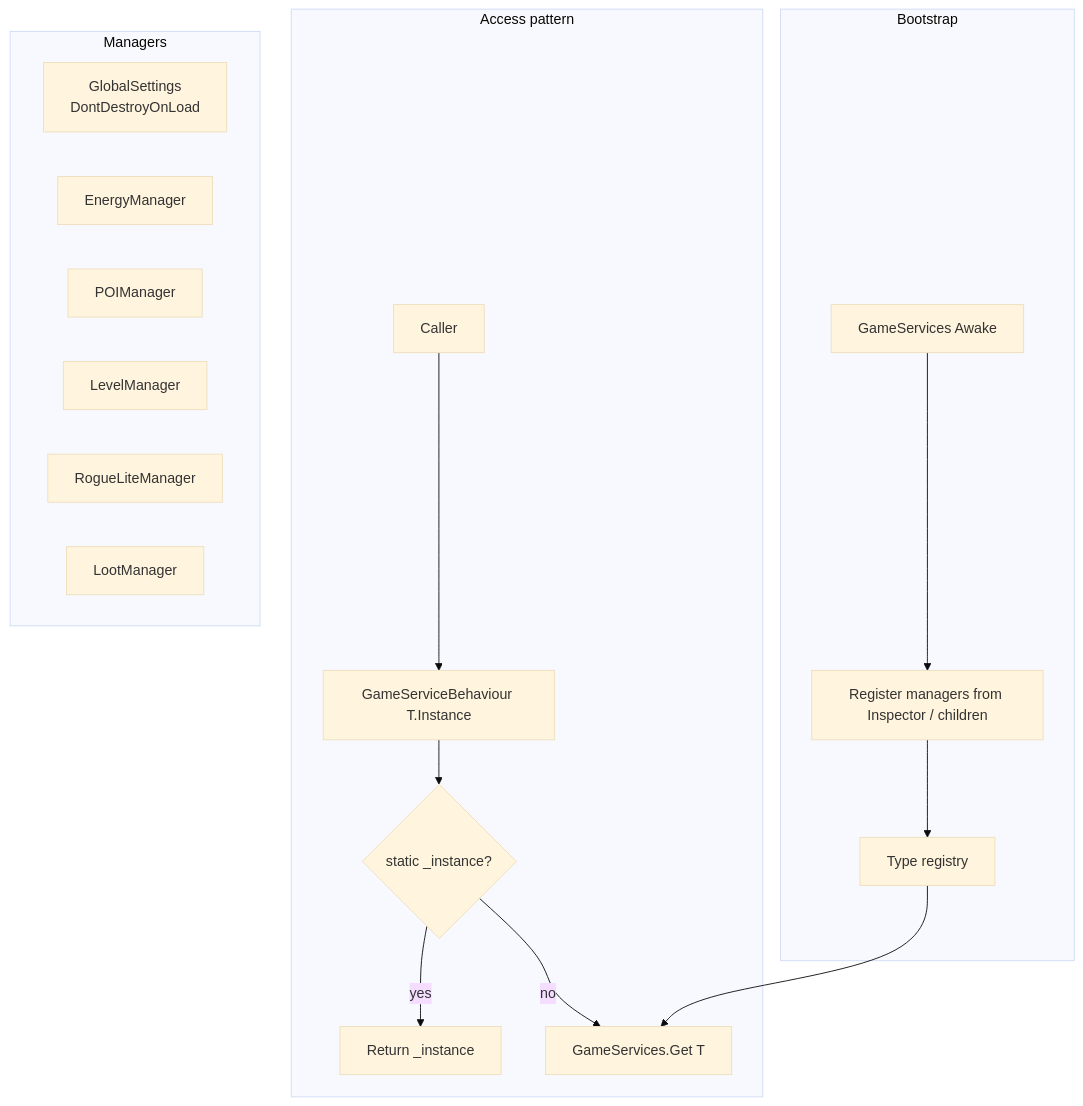
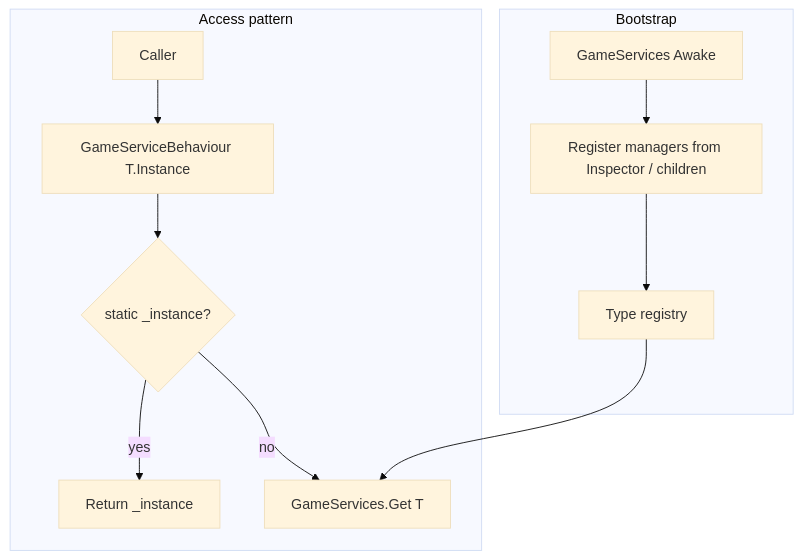
Before and after one commit to czyzem-stack/fatesRoll: the third of 6 diagrams in docs/ARCHITECTURE.md, drawn with Mermaid (base theme). The commit also changed other lines of this file and 3 other files, not shown here.

Commit message:
Refresh ARCHITECTURE for bootstrap flow, meta UI, and equipment loot foundation

````diff
--- a/docs/ARCHITECTURE.md
+++ b/docs/ARCHITECTURE.md
@@ -144,26 +144,17 @@
 ```mermaid
 flowchart TD
     subgraph Bootstrap
         GSvc[GameServices Awake]
         GSvc --> Reg[Register managers from Inspector / children]
         Reg --> Dict[Type registry]
     end
 
     subgraph Access pattern
         A[Caller] --> B[GameServiceBehaviour T.Instance]
         B --> C{static _instance?}
         C -->|yes| D[Return _instance]
         C -->|no| E[GameServices.Get T]
     end
 
-    subgraph Managers
-        GS[GlobalSettings<br/>DontDestroyOnLoad]
-        EM[EnergyManager]
-        PM[POIManager]
-        LM[LevelManager]
-        RL[RogueLiteManager]
-        LM2[LootManager]
-    end
-
     Dict --> E
 ```
````
